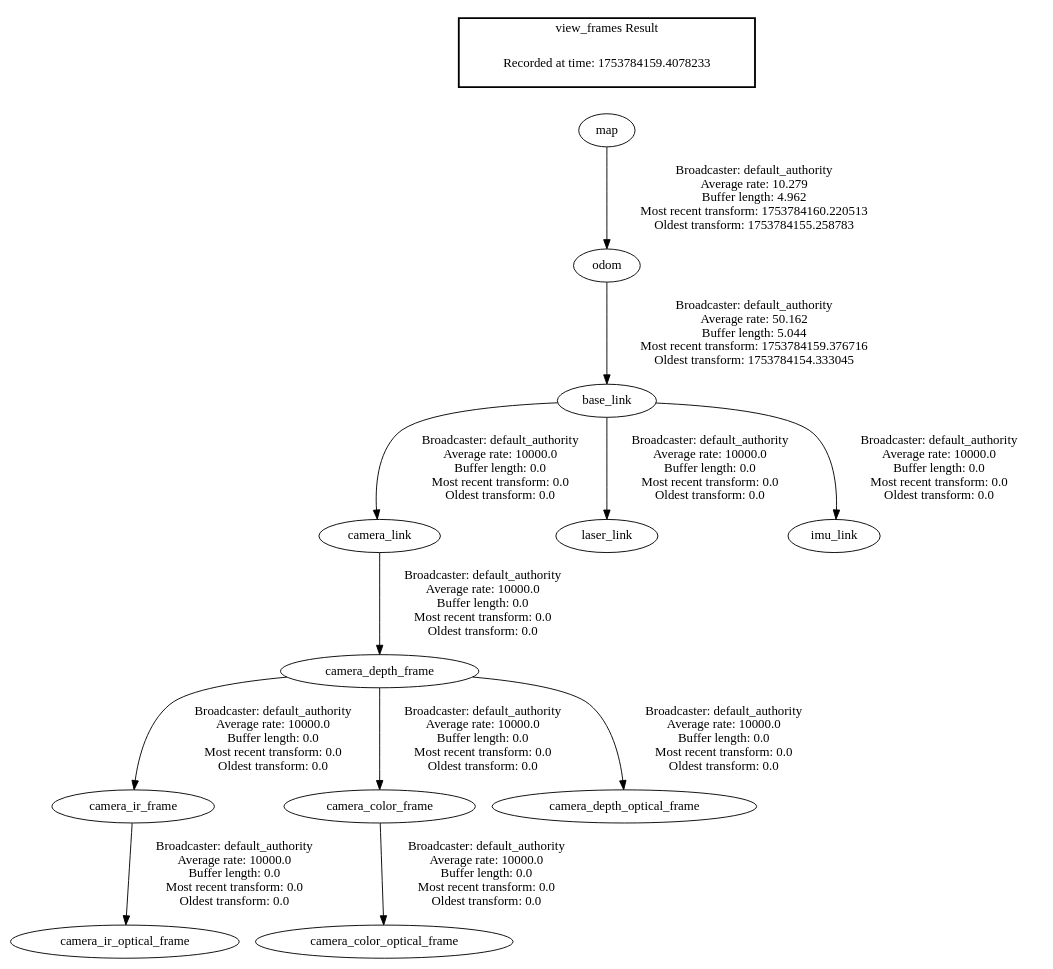
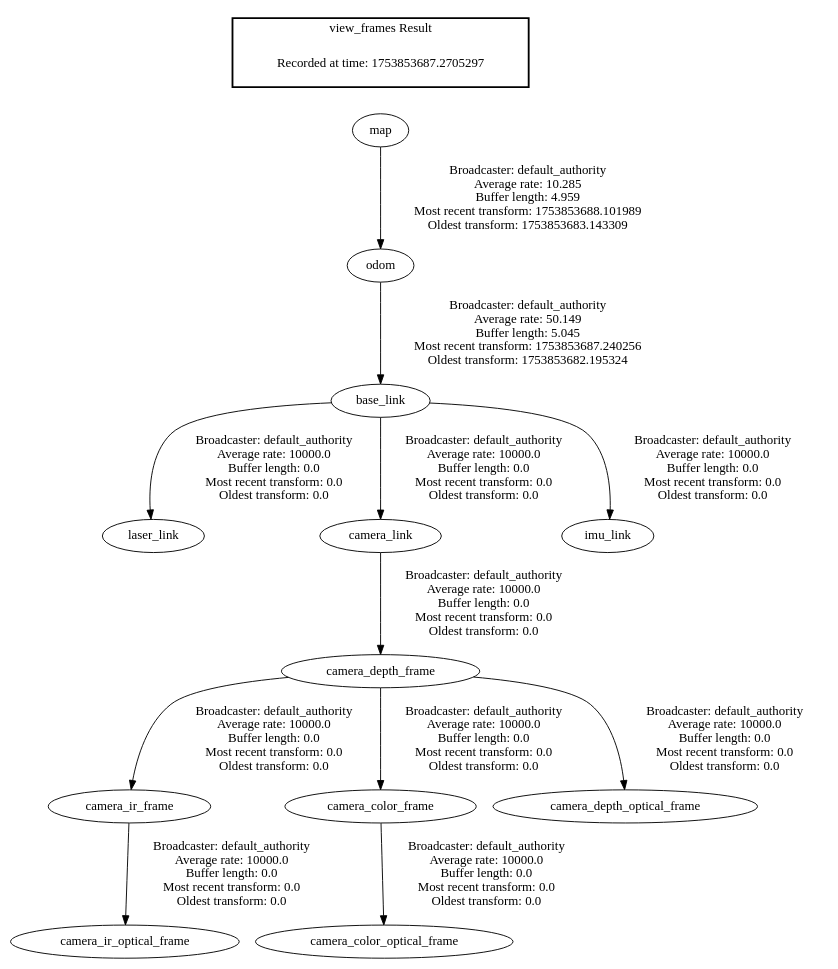
Before and after one commit to krish-rRay23/LIMO_COBOT_PROJECT: the diagram in frames.gv, drawn with Graphviz. The commit also changed 1206 other files, not shown here.

```diff
--- a/frames.gv
+++ b/frames.gv
@@ -1,17 +1,17 @@
 digraph G {
-"odom" -> "base_link"[label=" Broadcaster: default_authority\nAverage rate: 50.162\nBuffer length: 5.044\nMost recent transform: 1753784159.376716\nOldest transform: 1753784154.333045\n"];
-"map" -> "odom"[label=" Broadcaster: default_authority\nAverage rate: 10.279\nBuffer length: 4.962\nMost recent transform: 1753784160.220513\nOldest transform: 1753784155.258783\n"];
+"odom" -> "base_link"[label=" Broadcaster: default_authority\nAverage rate: 50.149\nBuffer length: 5.045\nMost recent transform: 1753853687.240256\nOldest transform: 1753853682.195324\n"];
+"map" -> "odom"[label=" Broadcaster: default_authority\nAverage rate: 10.285\nBuffer length: 4.959\nMost recent transform: 1753853688.101989\nOldest transform: 1753853683.143309\n"];
+"base_link" -> "laser_link"[label=" Broadcaster: default_authority\nAverage rate: 10000.0\nBuffer length: 0.0\nMost recent transform: 0.0\nOldest transform: 0.0\n"];
 "base_link" -> "camera_link"[label=" Broadcaster: default_authority\nAverage rate: 10000.0\nBuffer length: 0.0\nMost recent transform: 0.0\nOldest transform: 0.0\n"];
-"base_link" -> "laser_link"[label=" Broadcaster: default_authority\nAverage rate: 10000.0\nBuffer length: 0.0\nMost recent transform: 0.0\nOldest transform: 0.0\n"];
 "base_link" -> "imu_link"[label=" Broadcaster: default_authority\nAverage rate: 10000.0\nBuffer length: 0.0\nMost recent transform: 0.0\nOldest transform: 0.0\n"];
 "camera_depth_frame" -> "camera_ir_frame"[label=" Broadcaster: default_authority\nAverage rate: 10000.0\nBuffer length: 0.0\nMost recent transform: 0.0\nOldest transform: 0.0\n"];
 "camera_link" -> "camera_depth_frame"[label=" Broadcaster: default_authority\nAverage rate: 10000.0\nBuffer length: 0.0\nMost recent transform: 0.0\nOldest transform: 0.0\n"];
 "camera_ir_frame" -> "camera_ir_optical_frame"[label=" Broadcaster: default_authority\nAverage rate: 10000.0\nBuffer length: 0.0\nMost recent transform: 0.0\nOldest transform: 0.0\n"];
 "camera_depth_frame" -> "camera_color_frame"[label=" Broadcaster: default_authority\nAverage rate: 10000.0\nBuffer length: 0.0\nMost recent transform: 0.0\nOldest transform: 0.0\n"];
 "camera_color_frame" -> "camera_color_optical_frame"[label=" Broadcaster: default_authority\nAverage rate: 10000.0\nBuffer length: 0.0\nMost recent transform: 0.0\nOldest transform: 0.0\n"];
 "camera_depth_frame" -> "camera_depth_optical_frame"[label=" Broadcaster: default_authority\nAverage rate: 10000.0\nBuffer length: 0.0\nMost recent transform: 0.0\nOldest transform: 0.0\n"];
 edge [style=invis];
  subgraph cluster_legend { style=bold; color=black; label ="view_frames Result";
-"Recorded at time: 1753784159.4078233"[ shape=plaintext ] ;
+"Recorded at time: 1753853687.2705297"[ shape=plaintext ] ;
 }->"map";
 }
```
